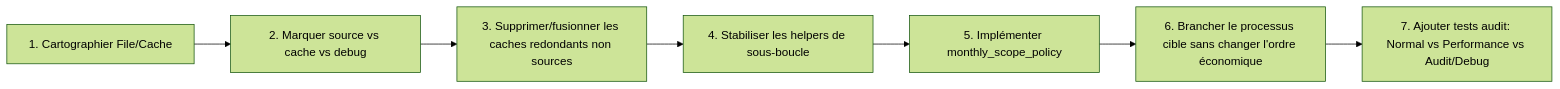
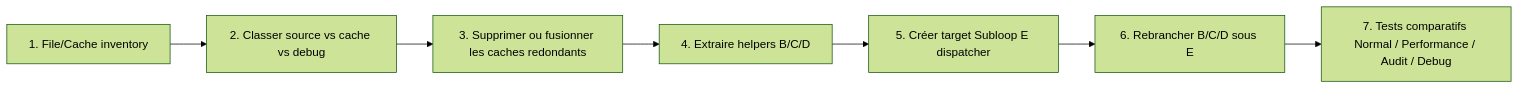
The third of 3 diagrams in docs/audits/pr126/Q5_flux_logique_global.md (eu5mod/eu5-no-void-economy), drawn with Mermaid (forest theme) before and after one commit. The commit also changed other lines of this file, not shown here.

Commit message:
docs(audit): distinguish current and target PR126 flow

````diff
--- a/docs/audits/pr126/Q5_flux_logique_global.md
+++ b/docs/audits/pr126/Q5_flux_logique_global.md
@@ -139,9 +154,9 @@
 ```mermaid
 flowchart LR
-    A[1. Cartographier File/Cache] --> B[2. Marquer source vs cache vs debug]
-    B --> C[3. Supprimer/fusionner les caches redondants non sources]
-    C --> D[4. Stabiliser les helpers de sous-boucle]
-    D --> E[5. Implémenter monthly_scope_policy]
-    E --> F[6. Brancher le processus cible sans changer l'ordre économique]
-    F --> G[7. Ajouter tests audit: Normal vs Performance vs Audit/Debug]
+    A[1. File/Cache inventory] --> B[2. Classer source vs cache vs debug]
+    B --> C[3. Supprimer ou fusionner les caches redondants]
+    C --> D[4. Extraire helpers B/C/D]
+    D --> E[5. Créer target Subloop E dispatcher]
+    E --> F[6. Rebrancher B/C/D sous E]
+    F --> G[7. Tests comparatifs Normal / Performance / Audit / Debug]
 ```
````
